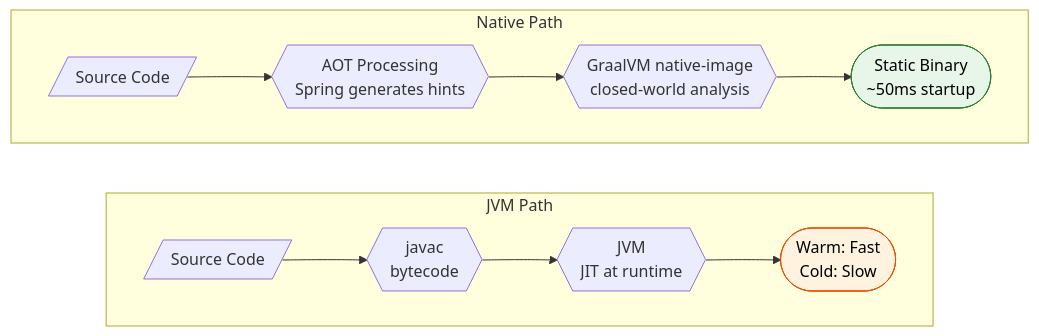
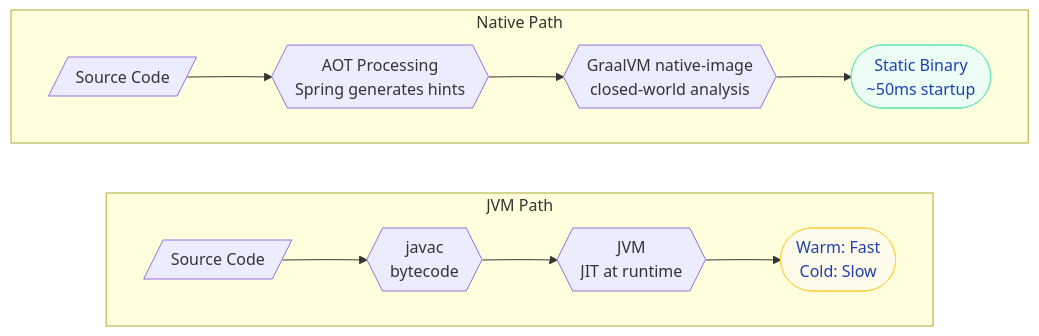
The second of 5 diagrams in docs/springboot/SpringBoot3.md (saivamsikaruturi/vamsilabs-dev-notes-main), drawn with Mermaid before and after one commit. The commit also changed other lines of this file and 220 other files, not shown here.

First line of the commit message:
Add 50+ new Java/Spring Boot pages, rewrite CSS code blocks to Oracle style, fix all diagram colors

````diff
--- a/docs/springboot/SpringBoot3.md
+++ b/docs/springboot/SpringBoot3.md
@@ -168,17 +168,17 @@
 ```mermaid
 flowchart LR
     subgraph JVM Path
         direction LR
         J1[/"Source Code"/] --> J2{{"javac\nbytecode"}} --> J3{{"JVM\nJIT at runtime"}}
         J3 --> J4(["Warm: Fast\nCold: Slow"])
     end
     
     subgraph Native Path
         direction LR
         N1[/"Source Code"/] --> N2{{"AOT Processing\nSpring generates hints"}} --> N3{{"GraalVM native-image\nclosed-world analysis"}}
         N3 --> N4(["Static Binary\n~50ms startup"])
     end
 
-    style J4 fill:#FFF3E0,stroke:#E65100,color:#000
-    style N4 fill:#E8F5E9,stroke:#2E7D32,color:#000
+    style J4 fill:#FFFBEB,stroke:#FCD34D,color:#1E40AF
+    style N4 fill:#ECFDF5,stroke:#6EE7B7,color:#1E40AF
 ```
````
